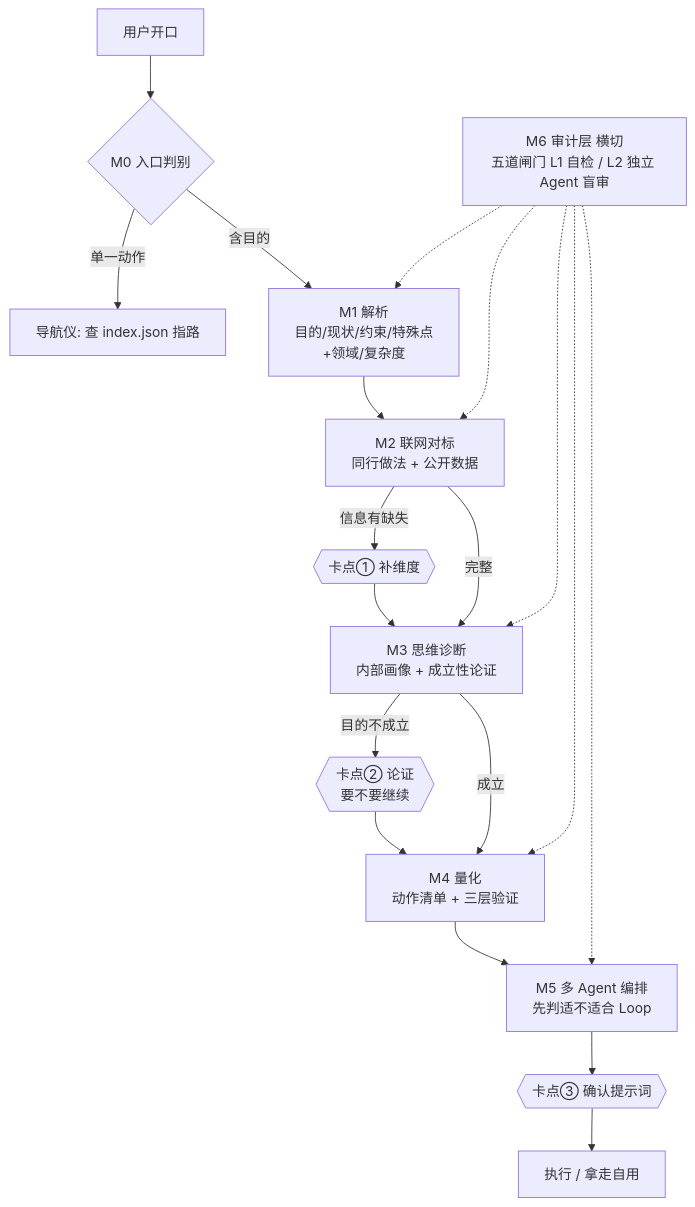
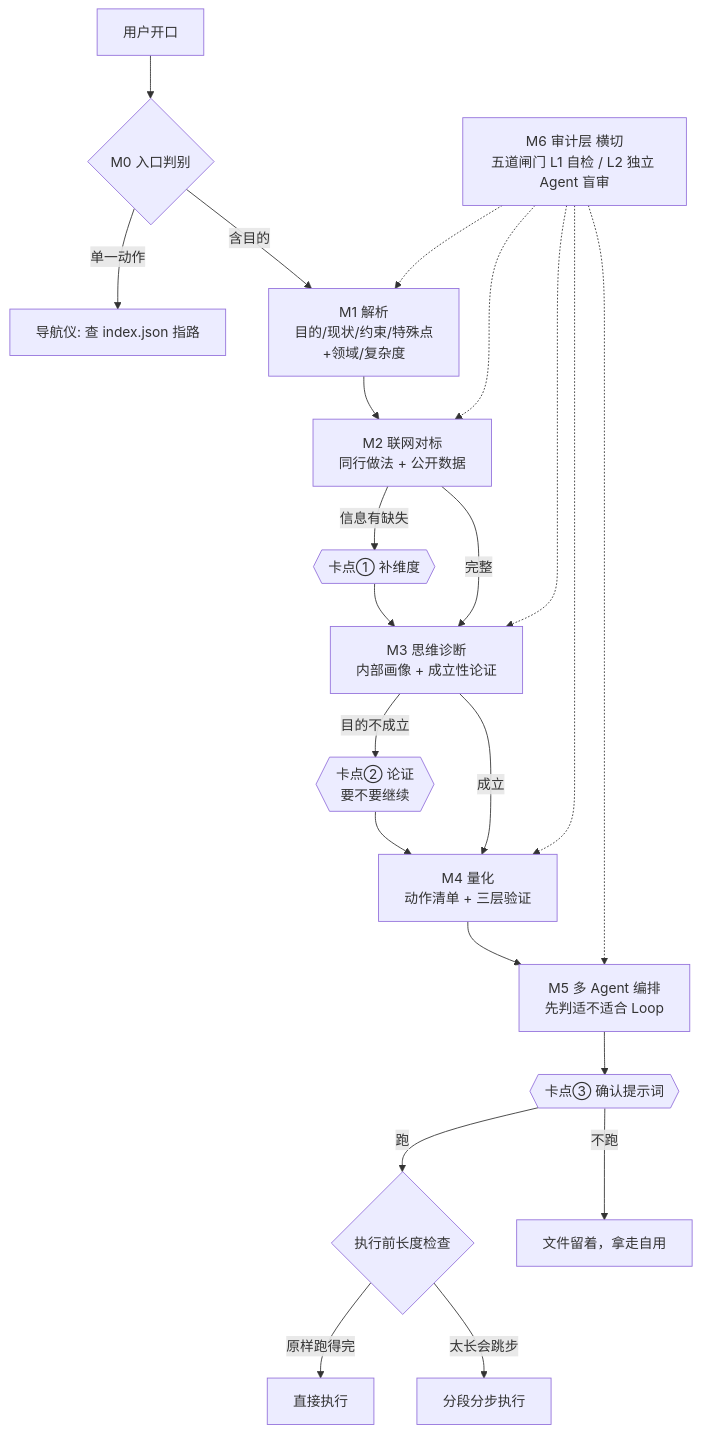
Before and after one commit to wang-youxin/gateway: the diagram in README.md, drawn with Mermaid. The commit also changed other lines of this file and 6 other files, not shown here.

First line of the commit message:
v3（2026-10-22）：M0 trivial 闸门 + Skill 两层扫描（索引 schema v2.1）+ 执行前长度检查

````diff
--- a/README.md
+++ b/README.md
@@ -24,23 +24,26 @@
 ```mermaid
 flowchart TD
     A[用户开口] --> B{M0 入口判别}
     B -->|单一动作| Z[导航仪: 查 index.json 指路]
     B -->|含目的| C[M1 解析<br/>目的/现状/约束/特殊点<br/>+领域/复杂度]
     C --> D[M2 联网对标<br/>同行做法 + 公开数据]
     D -->|信息有缺失| CP1{{卡点① 补维度}}
     CP1 --> E
     D -->|完整| E[M3 思维诊断<br/>内部画像 + 成立性论证]
     E -->|目的不成立| CP2{{卡点② 论证<br/>要不要继续}}
     CP2 --> F
     E -->|成立| F[M4 量化<br/>动作清单 + 三层验证]
     F --> G[M5 多 Agent 编排<br/>先判适不适合 Loop]
     G --> CP3{{卡点③ 确认提示词}}
-    CP3 --> H[执行 / 拿走自用]
+    CP3 -->|跑| LC{执行前长度检查}
+    LC -->|原样跑得完| H[直接执行]
+    LC -->|太长会跳步| S[分段分步执行]
+    CP3 -->|不跑| U[文件留着，拿走自用]
 
     AUDIT[M6 审计层 横切<br/>五道闸门 L1 自检 / L2 独立 Agent 盲审]
     AUDIT -.-> C
     AUDIT -.-> D
     AUDIT -.-> E
     AUDIT -.-> F
     AUDIT -.-> G
 ```
````
